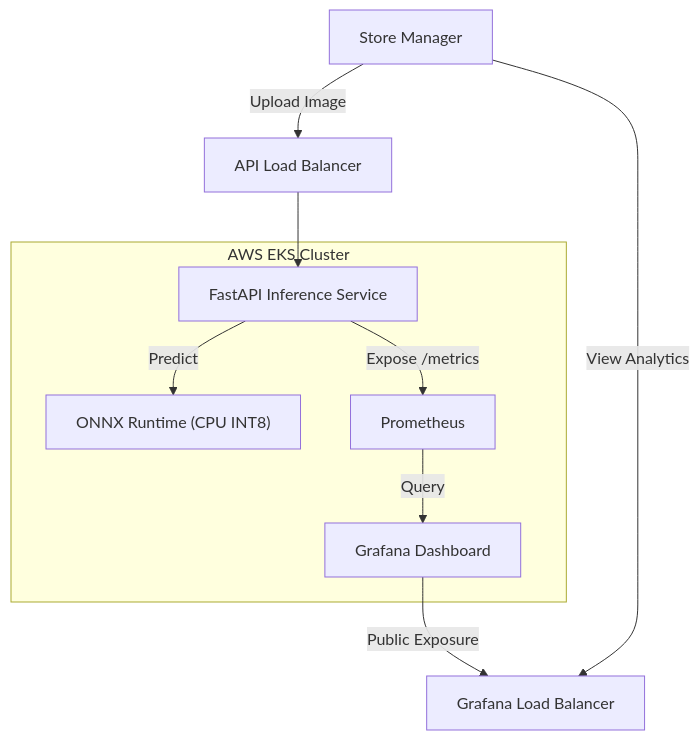
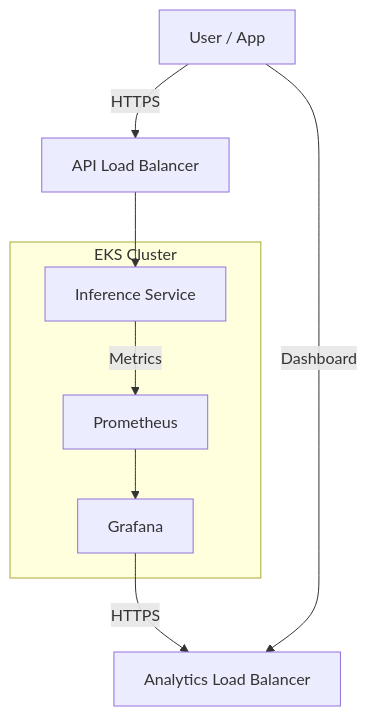
One commit to NFRohan/ShelfWatch changed the diagram in README.md. Above: the diagram before and after it, drawn with Mermaid. The commit also changed other lines of this file, not shown here.

Commit message:
update arch graphics

````diff
--- a/README.md
+++ b/README.md
@@ -37,19 +36,15 @@
 ```mermaid
 graph TD
-    User["Store Manager"] -->|Upload Image| LB1["API Load Balancer"]
-    LB1 --> API["FastAPI Inference Service"]
-    API -->|Predict| ONNX["ONNX Runtime (CPU INT8)"]
-    
-    API -->|Expose /metrics| Prom["Prometheus"]
-    Prom -->|Query| Grafana["Grafana Dashboard"]
-    Grafana -->|Public Exposure| LB2["Grafana Load Balancer"]
-    
-    subgraph "AWS EKS Cluster"
+    Client[User / App] -->|HTTPS| LB1[API Load Balancer]
+    LB1 --> API[Inference Service]
+    API -->|Metrics| Prom[Prometheus]
+    Prom --> Grafana[Grafana]
+    Grafana -->|HTTPS| LB2[Analytics Load Balancer]
+    Client -->|Dashboard| LB2
+
+    subgraph "EKS Cluster"
         API
-        ONNX
         Prom
         Grafana
     end
-    
-    User -->|View Analytics| LB2
 ```
````
